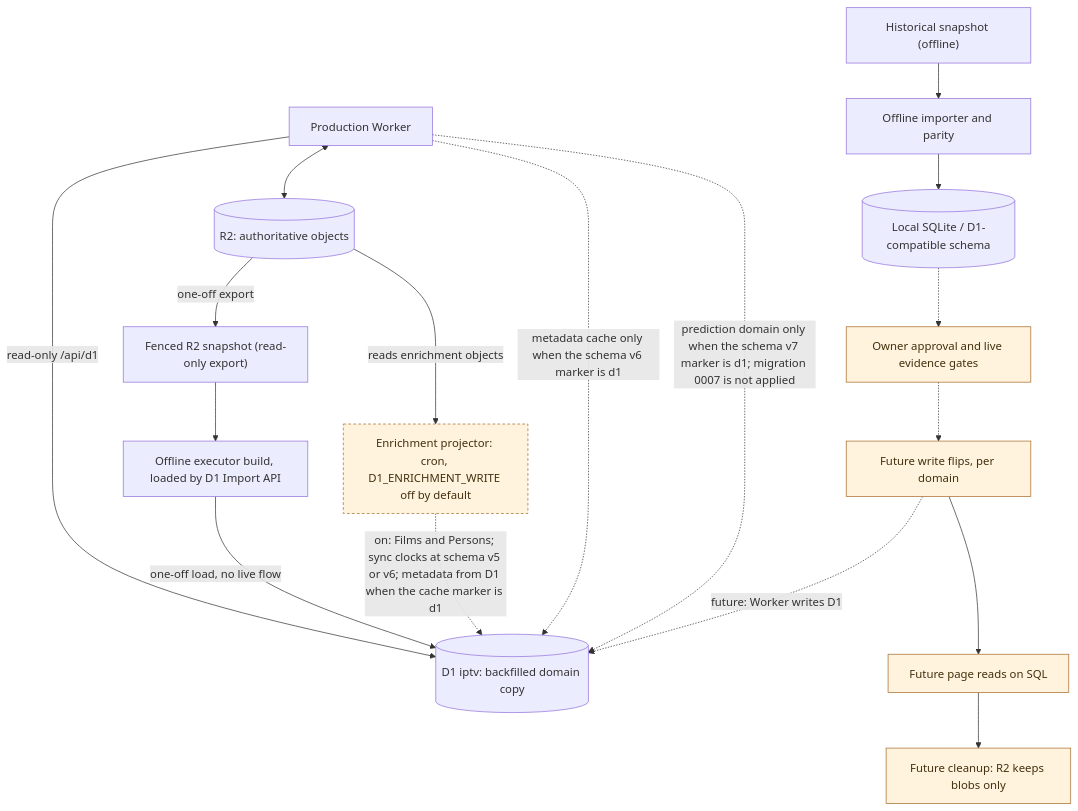
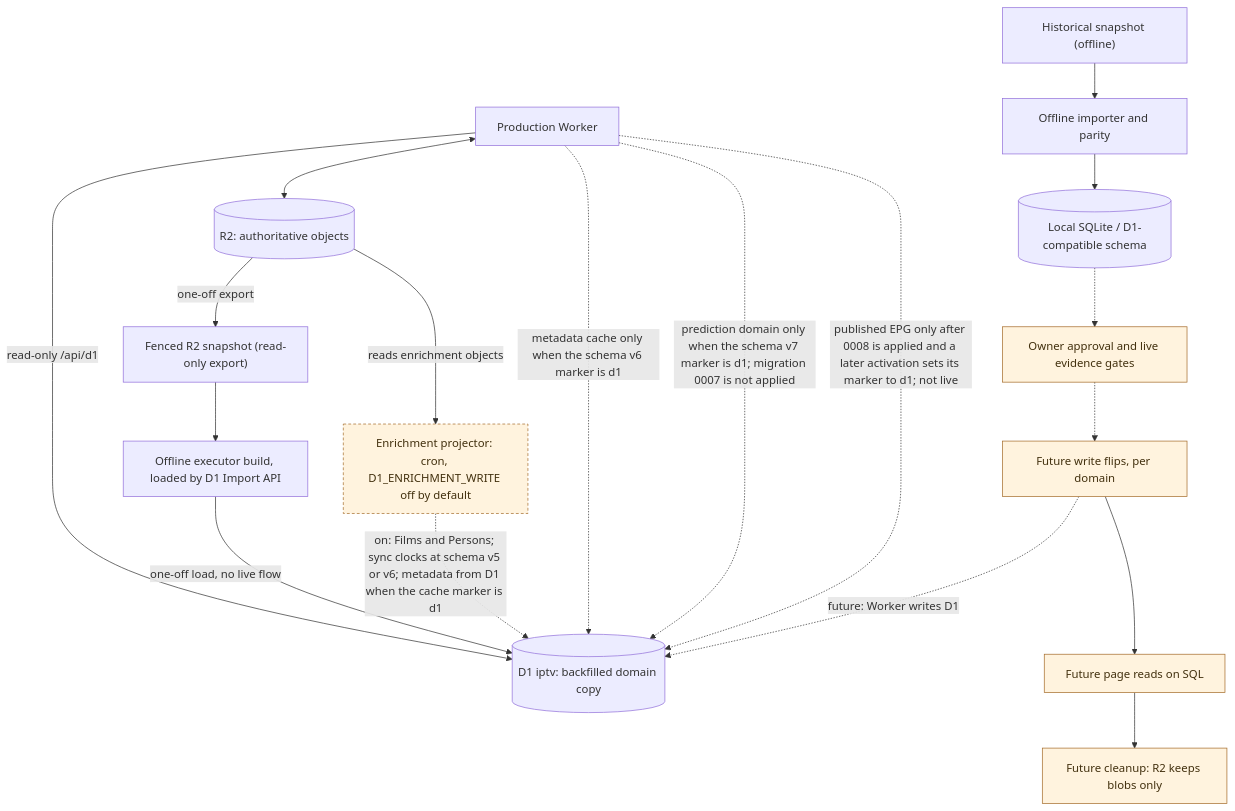
Before and after one commit to vladimino/iptv-watchlist: the diagram in docs/architecture/persistence-and-migration.md, drawn with Mermaid. The commit also changed other lines of this file and 41 other files, not shown here.

First line of the commit message:
AIR-319: prepare D1-authoritative published EPG with guarded cutover (ADR 0079)

````diff
--- a/docs/architecture/persistence-and-migration.md
+++ b/docs/architecture/persistence-and-migration.md
@@ -5,30 +5,31 @@
 ```mermaid
 flowchart TD
     worker["Production Worker"]
     r2[("R2: authoritative objects")]
     archive["Historical snapshot (offline)"]
     importer["Offline importer and parity"]
     local[("Local SQLite / D1-compatible schema")]
     gate["Owner approval and live evidence gates"]
     snapshot["Fenced R2 snapshot (read-only export)"]
     reload["Offline executor build, loaded by D1 Import API"]
     d1[("D1 iptv: backfilled domain copy")]
     projector["Enrichment projector: cron, D1_ENRICHMENT_WRITE off by default"]
     flipWrite["Future write flips, per domain"]
     flipRead["Future page reads on SQL"]
     retire["Future cleanup: R2 keeps blobs only"]
     worker <--> r2
     worker -->|read-only /api/d1| d1
     archive --> importer --> local
     local -.-> gate
     r2 -->|one-off export| snapshot --> reload -->|one-off load, no live flow| d1
     r2 -->|reads enrichment objects| projector -.->|on: Films and Persons; sync clocks at schema v5 or v6; metadata from D1 when the cache marker is d1| d1
     worker -.->|metadata cache only when the schema v6 marker is d1| d1
     worker -.->|prediction domain only when the schema v7 marker is d1; migration 0007 is not applied| d1
+    worker -.->|published EPG only after 0008 is applied and a later activation sets its marker to d1; not live| d1
     gate -.-> flipWrite -.->|future: Worker writes D1| d1
     flipWrite --> flipRead --> retire
     classDef future fill:#fff3de,stroke:#a56c2b,color:#42300e
     classDef gated fill:#fff3de,stroke:#a56c2b,color:#42300e,stroke-dasharray:4 3
     class gate,flipWrite,flipRead,retire future
     class projector gated
 ```
````
